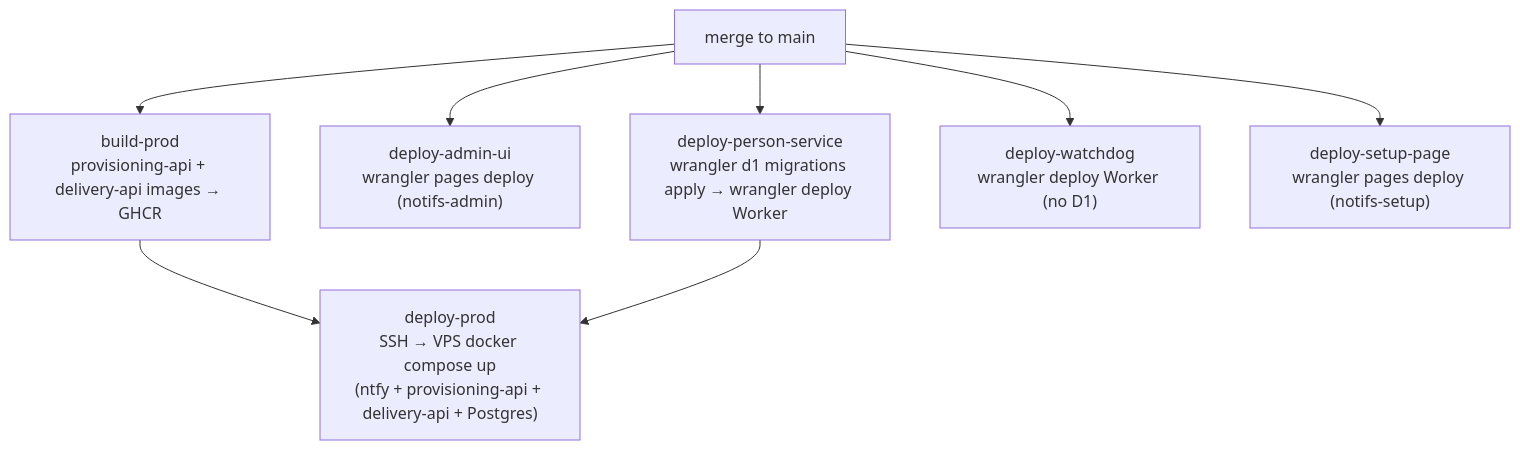
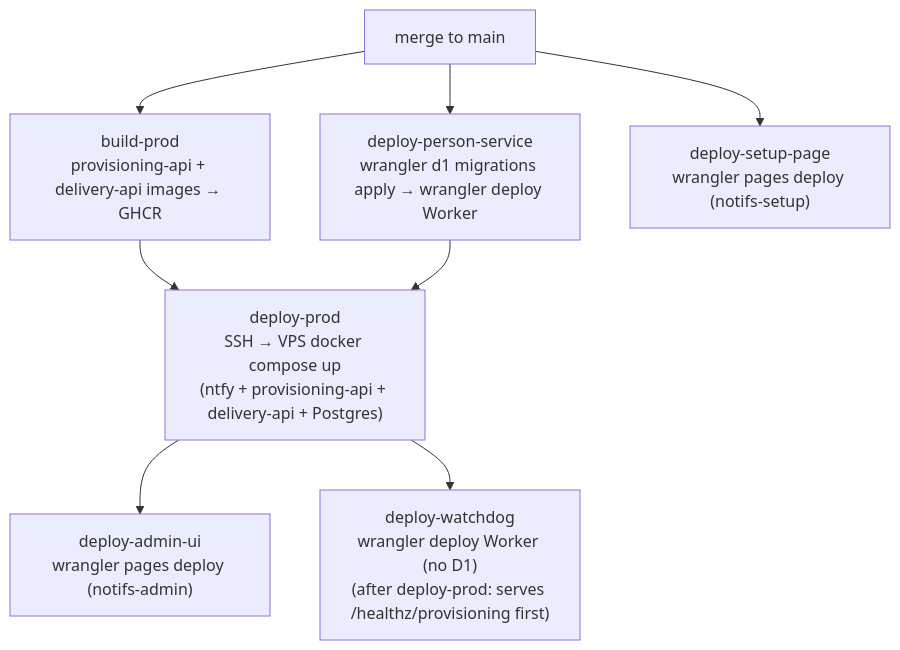
The fourth of 4 diagrams in ARCHITECTURE.md (4IRL/4irl-notifs), drawn with Mermaid before and after one commit. The commit also changed other lines of this file and 20 other files, not shown here.

Commit message:
[backend] Provisioning one-door P8 cutover: enforce credential, re-home watchdog probe (#173)

````diff
--- a/ARCHITECTURE.md
+++ b/ARCHITECTURE.md
@@ -809,10 +809,10 @@
 ```mermaid
 graph TD
   M["merge to main"] --> B["build-prod<br/>provisioning-api + delivery-api images → GHCR"]
   B --> D1J["deploy-prod<br/>SSH → VPS docker compose up<br/>(ntfy + provisioning-api + delivery-api + Postgres)"]
-  M --> D2["deploy-admin-ui<br/>wrangler pages deploy (notifs-admin)"]
+  D1J --> D2["deploy-admin-ui<br/>wrangler pages deploy (notifs-admin)"]
   M --> D3["deploy-person-service<br/>wrangler d1 migrations apply → wrangler deploy Worker"]
   D3 --> D1J
-  M --> D4["deploy-watchdog<br/>wrangler deploy Worker (no D1)"]
+  D1J --> D4["deploy-watchdog<br/>wrangler deploy Worker (no D1)<br/>(after deploy-prod: serves /healthz/provisioning first)"]
   M --> D5["deploy-setup-page<br/>wrangler pages deploy (notifs-setup)"]
 ```
````
